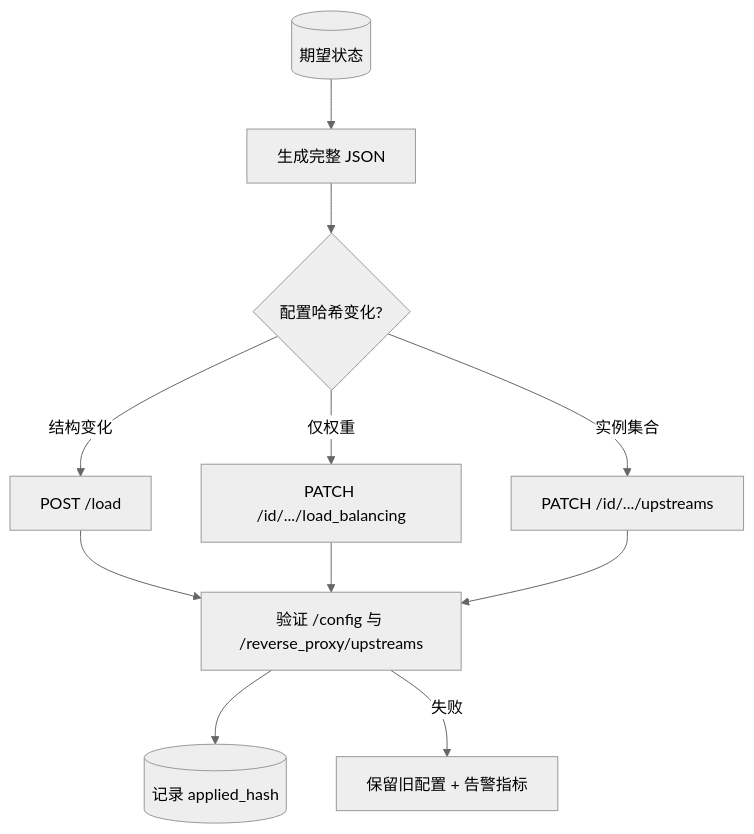
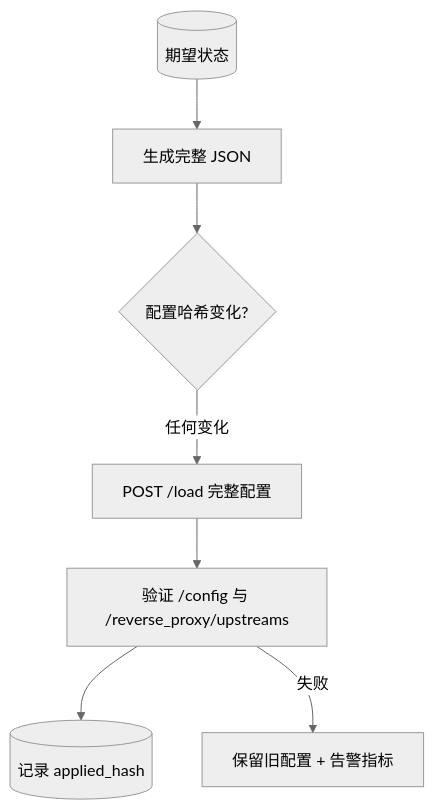
Before and after one commit to IvanLi-CN/token-ne: the seventh of 8 diagrams in docs/architecture.md, drawn with Mermaid (neutral theme). The commit also changed other lines of this file and 31 other files, not shown here.

````diff
--- a/docs/architecture.md
+++ b/docs/architecture.md
@@ -803,13 +835,9 @@
 ```mermaid
 flowchart TD
     DB[("期望状态")] --> B["生成完整 JSON"]
     B --> H{"配置哈希变化?"}
-    H -->|结构变化| L["POST /load"]
-    H -->|仅权重| W["PATCH /id/.../load_balancing"]
-    H -->|实例集合| U["PATCH /id/.../upstreams"]
+    H -->|任何变化| L["POST /load 完整配置"]
     L --> V["验证 /config 与 /reverse_proxy/upstreams"]
-    W --> V
-    U --> V
     V --> S[("记录 applied_hash")]
     V -->|失败| K["保留旧配置 + 告警指标"]
 ```
````
